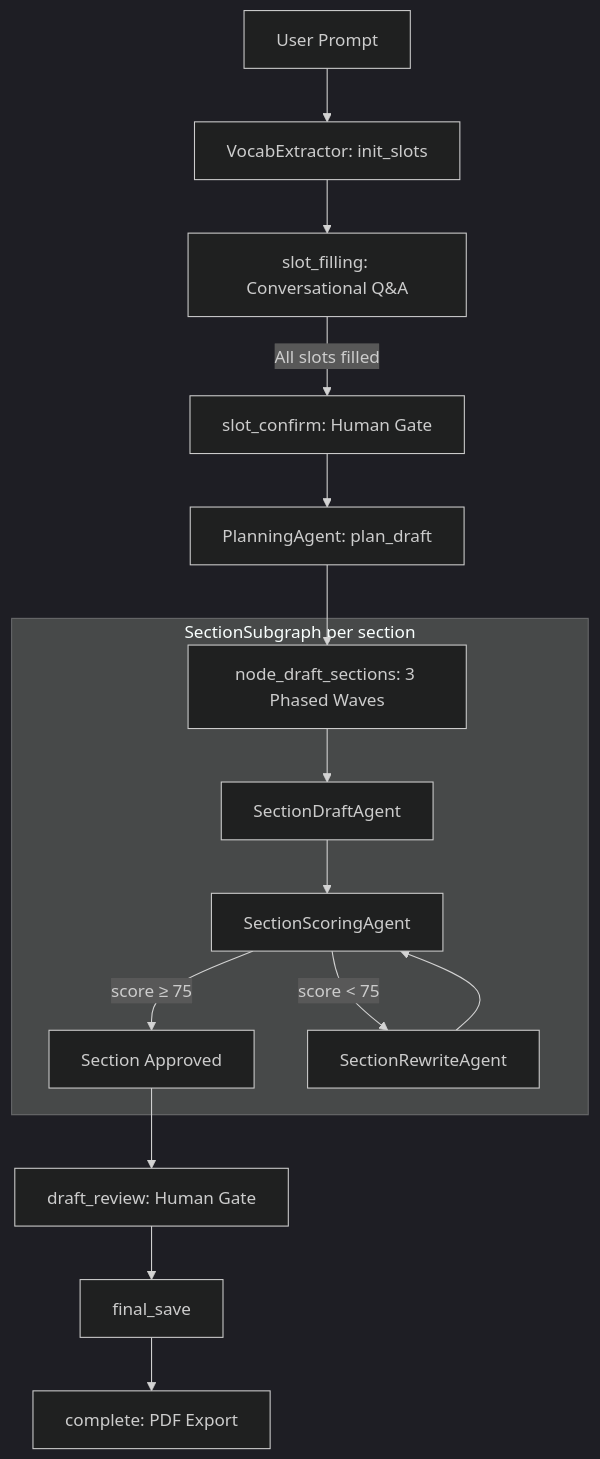
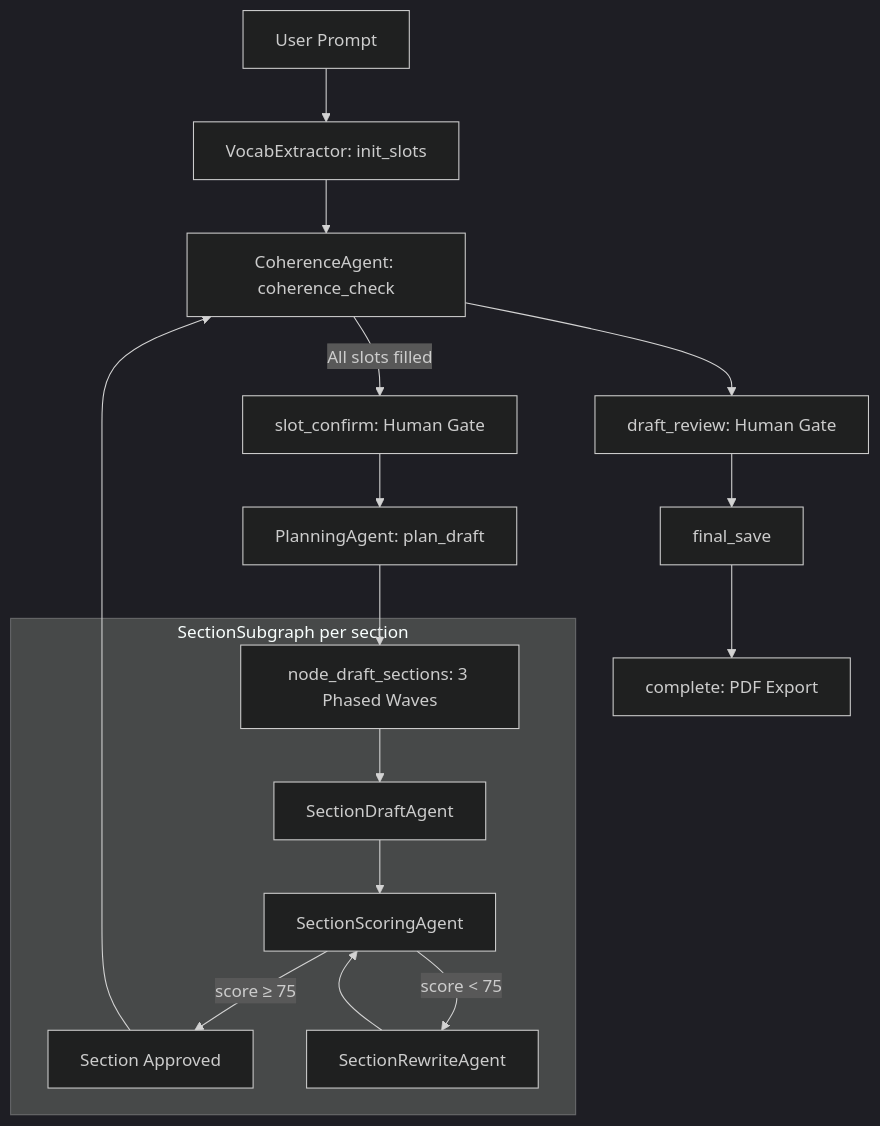
One commit to aarushi211/ImpactLink changed the diagram in README.md. Above: the diagram before and after it, drawn with Mermaid (dark theme). The commit also changed 4 other files, not shown here.

Commit message:
Improved scoring agent and rewriter and added coherence agent

````diff
--- a/README.md
+++ b/README.md
@@ -86,20 +86,21 @@
 ```mermaid
 graph TD
     A[User Prompt] --> B[VocabExtractor: init_slots]
     B --> C[slot_filling: Conversational Q&A]
     C -->|All slots filled| D[slot_confirm: Human Gate]
     D --> P[PlanningAgent: plan_draft]
     P --> E[node_draft_sections: 3 Phased Waves]
 
     subgraph "SectionSubgraph per section"
         E --> F[SectionDraftAgent]
         F --> G[SectionScoringAgent]
         G -->|score ≥ 75| H[Section Approved]
         G -->|score < 75| I[SectionRewriteAgent]
         I --> G
     end
 
-    H --> J[draft_review: Human Gate]
+    H --> C[CoherenceAgent: coherence_check]
+    C --> J[draft_review: Human Gate]
     J --> K[final_save]
     K --> L[complete: PDF Export]
 ```
````
